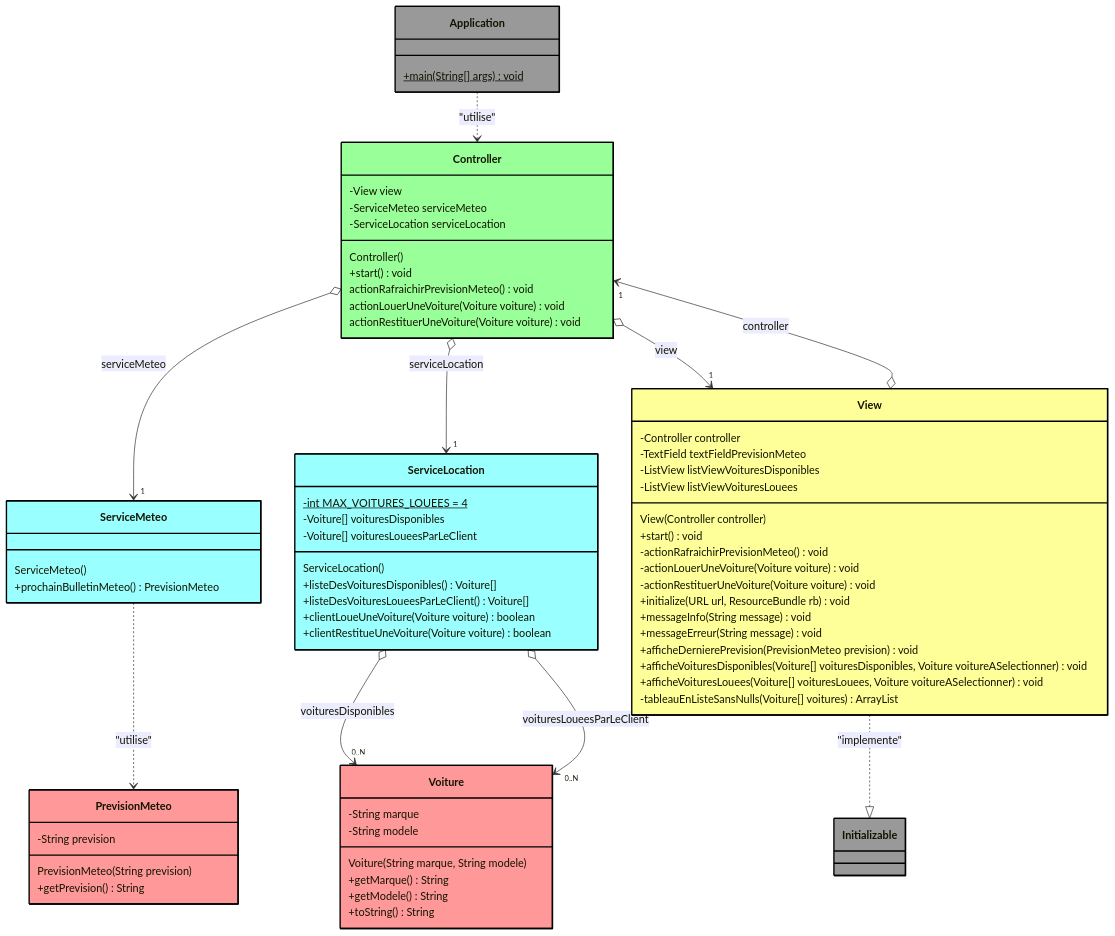
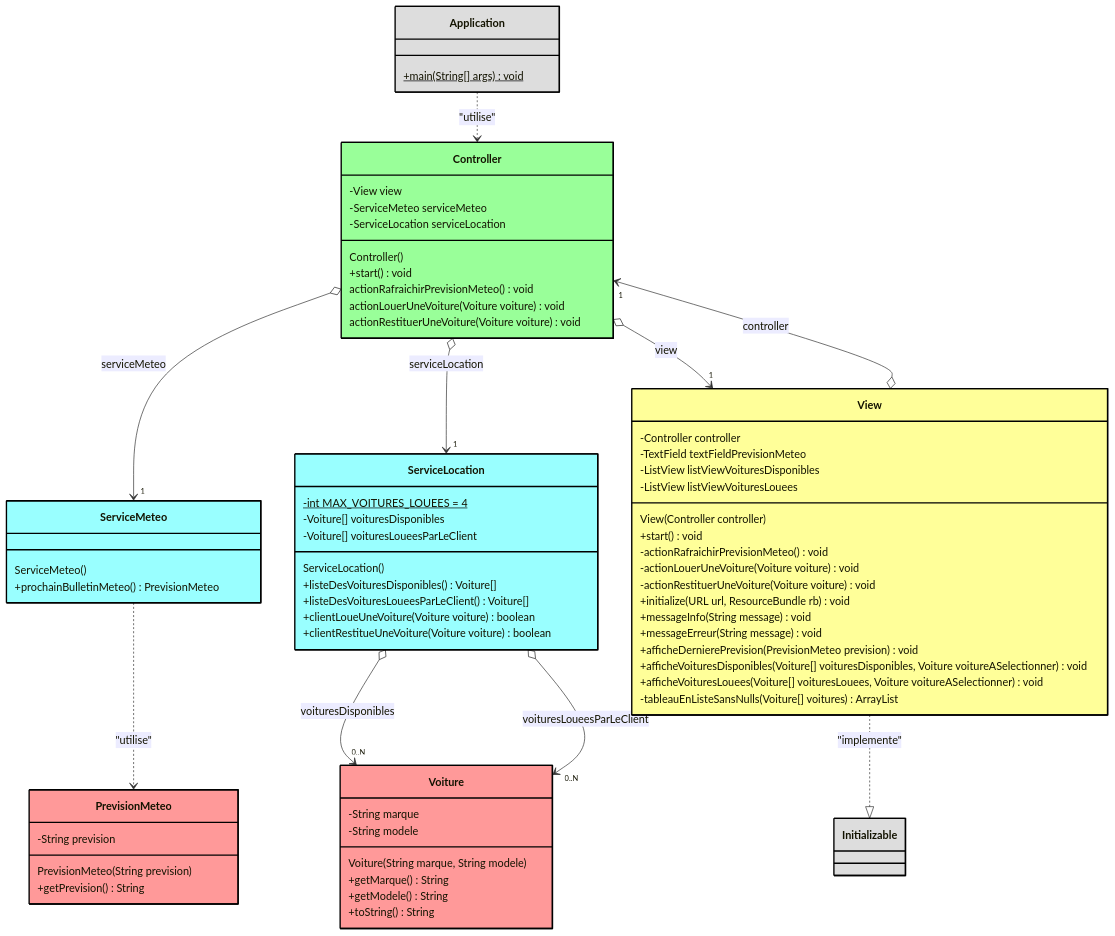
Before and after one commit to emf-info/MVC_FXML_D400_JDK17LTS: the second of 2 diagrams in README.md, drawn with Mermaid. The commit also changed other lines of this file, not shown here.

Commit message:
Change Application and Initializable styles in README

```diff
--- a/README.md
+++ b/README.md
@@ -149,8 +149,8 @@
     ServiceMeteo ..> PrevisionMeteo : "utilise"
     Application ..> Controller : "utilise"
 
-    style Application fill:#999,stroke:#000,stroke-width:2px
-    style Initializable fill:#999,stroke:#000,stroke-width:2px
+    style Application fill:#ddd,stroke:#000,stroke-width:2px
+    style Initializable fill:#ddd,stroke:#000,stroke-width:2px
     style View fill:#ff9,stroke:#000,stroke-width:2px
     style Controller fill:#9f9,stroke:#000,stroke-width:2px
     style ServiceMeteo fill:#9ff,stroke:#000,stroke-width:2px
```
